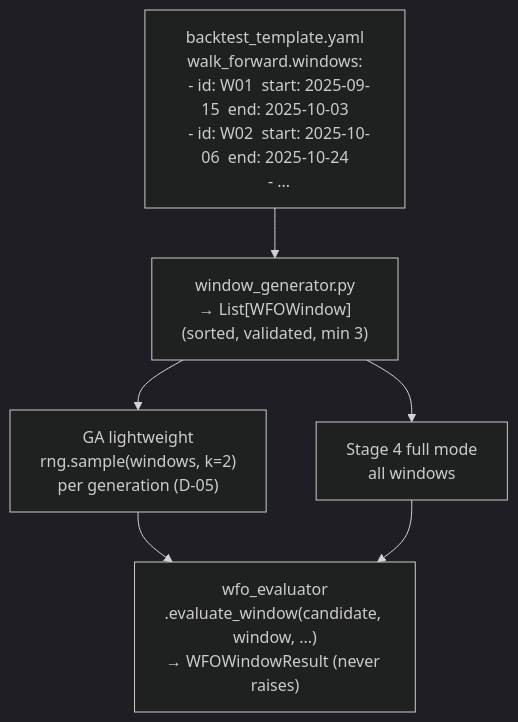
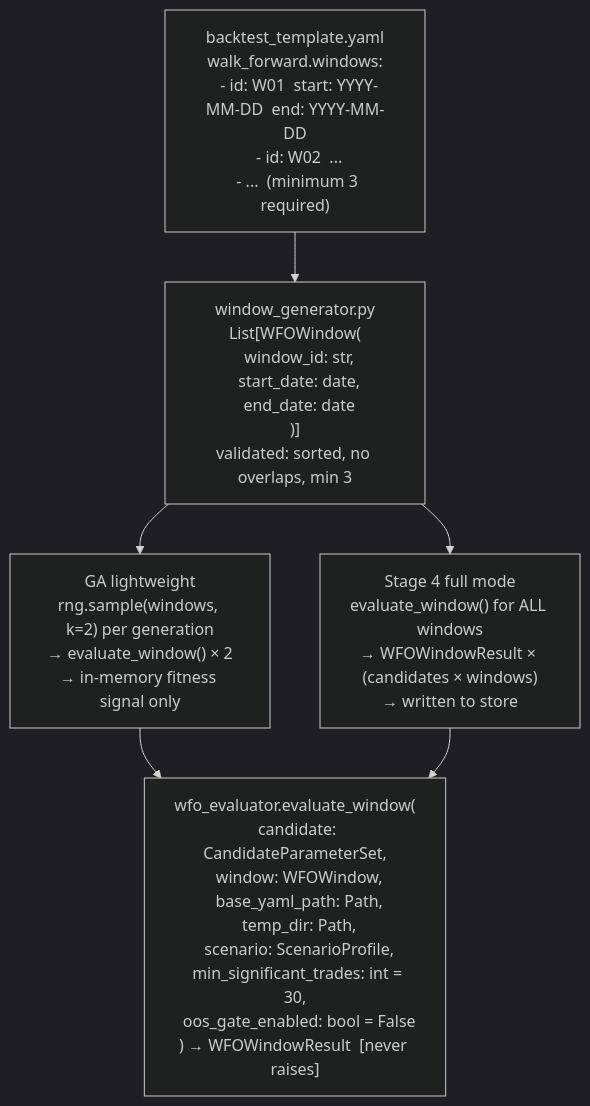
The fourth of 6 diagrams in docs/backtesting/architecture/ARCHITECTURE.md (RumcajsPL/Backtest_platform), drawn with Mermaid (dark theme) before and after one commit. The commit also changed other lines of this file and 5 other files, not shown here.

````diff
--- a/docs/backtesting/architecture/ARCHITECTURE.md
+++ b/docs/backtesting/architecture/ARCHITECTURE.md
@@ -441,12 +510,12 @@
 ```mermaid
 flowchart TD
-    CFG2["backtest_template.yaml\nwalk_forward.windows:\n  - id: W01  start: 2025-09-15  end: 2025-10-03\n  - id: W02  start: 2025-10-06  end: 2025-10-24\n  - ..."]
+    CFG2["backtest_template.yaml\nwalk_forward.windows:\n  - id: W01  start: YYYY-MM-DD  end: YYYY-MM-DD\n  - id: W02  ...\n  - ...  (minimum 3 required)"]
 
-    CFG2 --> WG["window_generator.py\n→ List[WFOWindow]\n(sorted, validated, min 3)"]
+    CFG2 --> WG["window_generator.py\nList[WFOWindow(\n  window_id: str,\n  start_date: date,\n  end_date: date\n)]\nvalidated: sorted, no overlaps, min 3"]
 
-    WG --> GA_LW["GA lightweight\nrng.sample(windows, k=2)\nper generation (D-05)"]
-    WG --> FULL["Stage 4 full mode\nall windows"]
+    WG --> GA_LW["GA lightweight\nrng.sample(windows, k=2) per generation\n→ evaluate_window() × 2\n→ in-memory fitness signal only"]
+    WG --> FULL["Stage 4 full mode\nevaluate_window() for ALL windows\n→ WFOWindowResult × (candidates × windows)\n→ written to store"]
 
-    GA_LW --> WFOE2["wfo_evaluator\n.evaluate_window(candidate, window, ...)\n→ WFOWindowResult (never raises)"]
+    GA_LW --> WFOE2["wfo_evaluator.evaluate_window(\n  candidate: CandidateParameterSet,\n  window: WFOWindow,\n  base_yaml_path: Path,\n  temp_dir: Path,\n  scenario: ScenarioProfile,\n  min_significant_trades: int = 30,\n  oos_gate_enabled: bool = False\n) → WFOWindowResult  [never raises]"]
     FULL --> WFOE2
 ```
````
